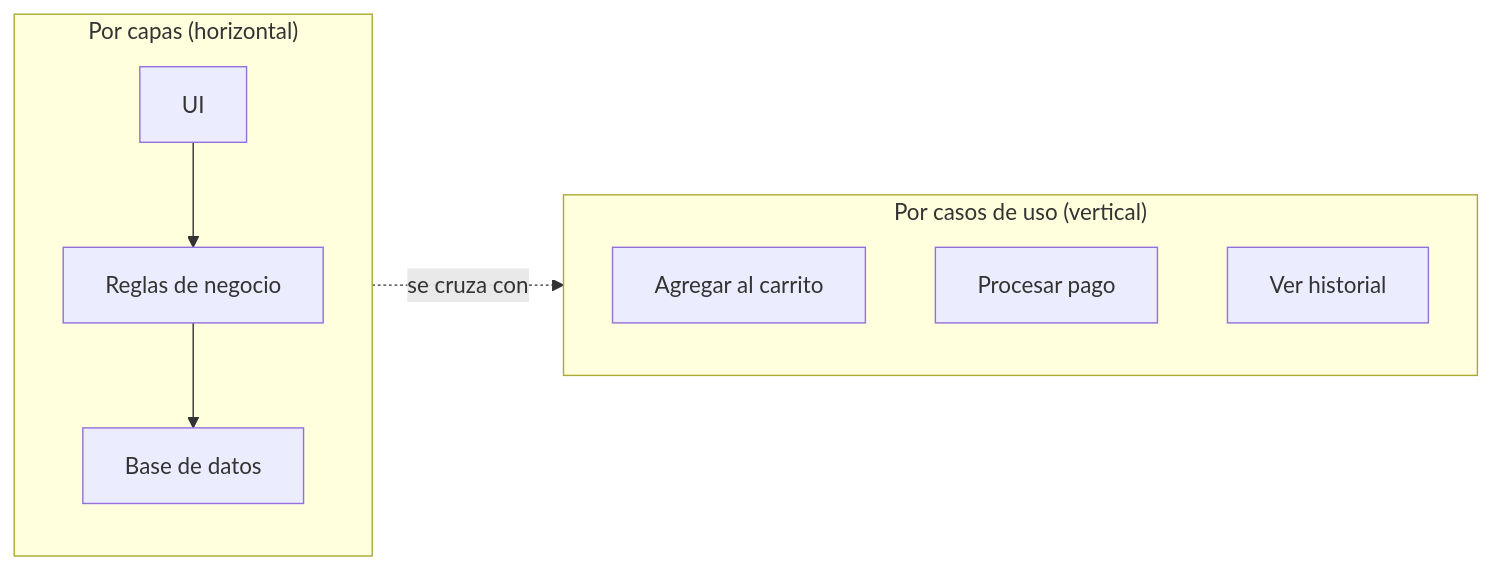
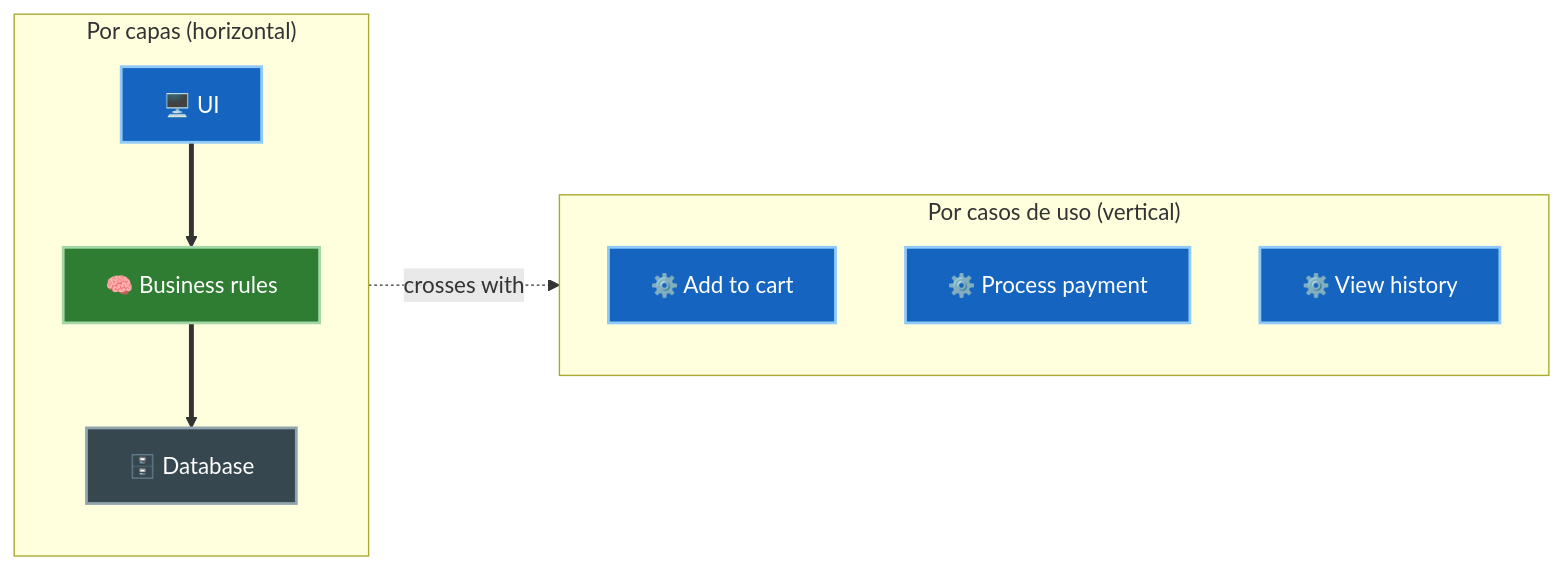
One commit to JavierMachucaA/clean-architecture-guia changed the third of 3 diagrams in 05-arquitectura-conceptos-centrales/03-independencia.md. Above: the diagram before and after it, drawn with Mermaid. The commit also changed other lines of this file and 45 other files, not shown here.

````diff
--- a/05-arquitectura-conceptos-centrales/03-independencia.md
+++ b/05-arquitectura-conceptos-centrales/03-independencia.md
@@ -54,12 +60,19 @@
 ```mermaid
 flowchart LR
     subgraph Horizontal["Por capas (horizontal)"]
-        UI["UI"] --> BR["Reglas de negocio"] --> DB["Base de datos"]
+        UI["🖥️ UI"] ==> BR["🧠 Business rules"] ==> DB["🗄️ Database"]
     end
     subgraph Vertical["Por casos de uso (vertical)"]
-        A["Agregar al carrito"]
-        B["Procesar pago"]
-        C["Ver historial"]
+        A["⚙️ Add to cart"]
+        B["⚙️ Process payment"]
+        C["⚙️ View history"]
     end
-    Horizontal -.se cruza con.-> Vertical
+    Horizontal -.crosses with.-> Vertical
+
+    style UI fill:#1565c0,stroke:#90caf9,color:#fff,stroke-width:2px
+    style BR fill:#2e7d32,stroke:#a5d6a7,color:#fff,stroke-width:2px
+    style DB fill:#37474f,stroke:#90a4ae,color:#fff,stroke-width:2px
+    style A fill:#1565c0,stroke:#90caf9,color:#fff,stroke-width:2px
+    style B fill:#1565c0,stroke:#90caf9,color:#fff,stroke-width:2px
+    style C fill:#1565c0,stroke:#90caf9,color:#fff,stroke-width:2px
 ```
````
